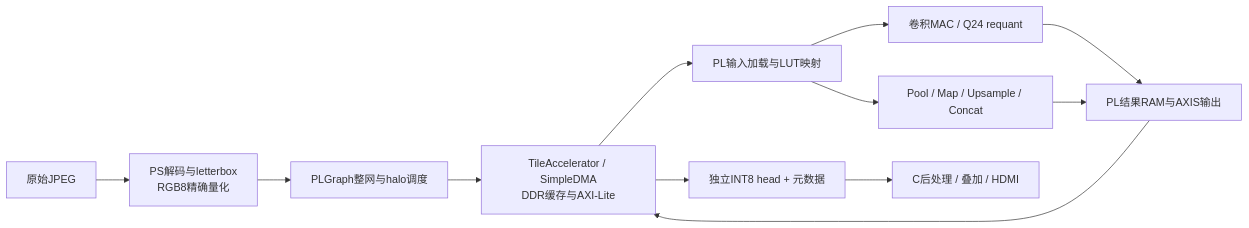
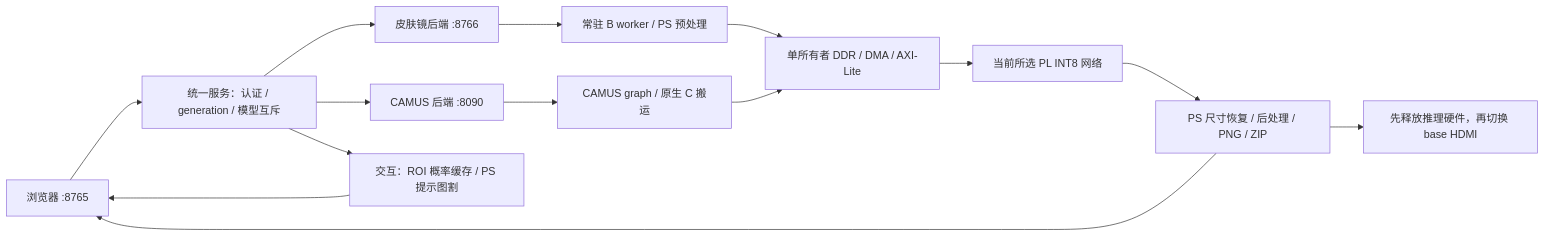
Before and after one commit to wangzhongyuan11/PLD: the diagram in docs/IMPLEMENTATION.md, drawn with Mermaid. The commit also changed other lines of this file and 75 other files, not shown here.

````diff
--- a/docs/IMPLEMENTATION.md
+++ b/docs/IMPLEMENTATION.md
@@ -5,14 +5,16 @@
 ```mermaid
 flowchart LR
-  J[原始JPEG] --> P[PS解码与letterbox\nRGB8精确量化]
-  P --> G[PLGraph整网与halo调度]
-  G --> D[TileAccelerator / SimpleDMA\nDDR缓存与AXI-Lite]
-  D --> L[PL输入加载与LUT映射]
-  L --> C[卷积MAC / Q24 requant]
-  L --> T[Pool / Map / Upsample / Concat]
-  C --> R[PL结果RAM与AXIS输出]
-  T --> R
-  R --> D
-  D --> H[独立INT8 head + 元数据]
-  H --> U[C后处理 / 叠加 / HDMI]
+  Browser[浏览器 :8765] --> Hub[统一服务：认证 / generation / 模型互斥]
+  Hub --> Skin[皮肤镜后端 :8766]
+  Hub --> Camus[CAMUS 后端 :8090]
+  Skin --> Worker[常驻 B worker / PS 预处理]
+  Camus --> Graph[CAMUS graph / 原生 C 搬运]
+  Worker --> DMA[单所有者 DDR / DMA / AXI-Lite]
+  Graph --> DMA
+  DMA --> PL[当前所选 PL INT8 网络]
+  PL --> PS[PS 尺寸恢复 / 后处理 / PNG / ZIP]
+  PS --> Browser
+  Hub --> Interactive[交互：ROI 概率缓存 / PS 提示图割]
+  Interactive --> Browser
+  PS --> HDMI[先释放推理硬件，再切换 base HDMI]
 ```
````
